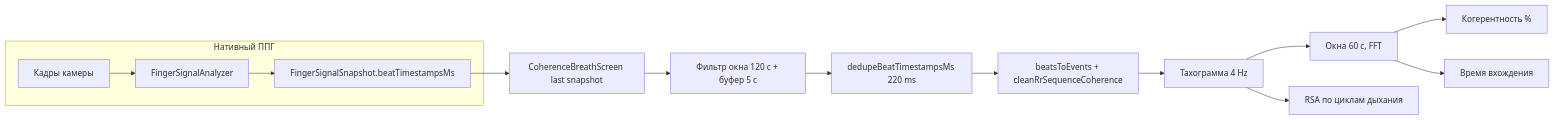
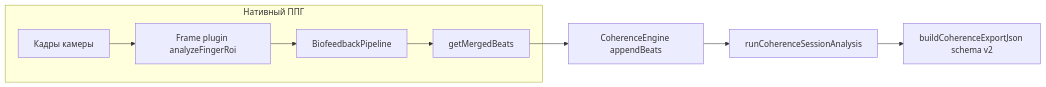
Before and after one commit to szamkovoy/HARMONIZER: the diagram in docs/breath-coherence-pipeline.md, drawn with Mermaid. The commit also changed other lines of this file and 47 other files, not shown here.

First line of the commit message:
refactor(biofeedback): BiofeedbackBus/Pipeline, удалён FingerSignalAnalyzer

````diff
--- a/docs/breath-coherence-pipeline.md
+++ b/docs/breath-coherence-pipeline.md
@@ -72,16 +100,11 @@
 ```mermaid
 flowchart LR
   subgraph native["Нативный ППГ"]
-    Cam[Кадры камеры] --> FA[FingerSignalAnalyzer]
-    FA --> Snap[FingerSignalSnapshot.beatTimestampsMs]
+    Cam[Кадры камеры] --> FP[Frame plugin analyzeFingerRoi]
+    FP --> Pipe[BiofeedbackPipeline]
+    Pipe --> Merged[getMergedBeats]
   end
-  Snap --> UI[CoherenceBreathScreen last snapshot]
-  UI --> Win[Фильтр окна 120 с + буфер 5 с]
-  Win --> Dedupe[dedupeBeatTimestampsMs 220 ms]
-  Dedupe --> RR[beatsToEvents + cleanRrSequenceCoherence]
-  RR --> T4[Тахограмма 4 Hz]
-  T4 --> W[Окна 60 с, FFT]
-  W --> Coh[Когерентность %]
-  T4 --> RSA[RSA по циклам дыхания]
-  W --> Entry[Время вхождения]
+  Merged --> CE[CoherenceEngine appendBeats]
+  CE --> Ana[runCoherenceSessionAnalysis]
+  Ana --> JSON[buildCoherenceExportJson schema v2]
 ```
````
